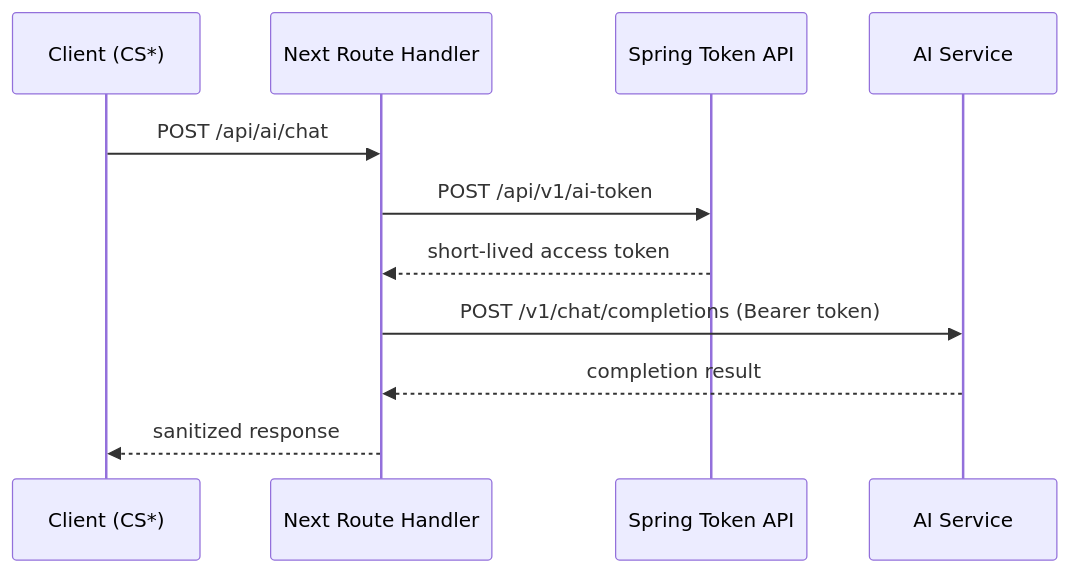
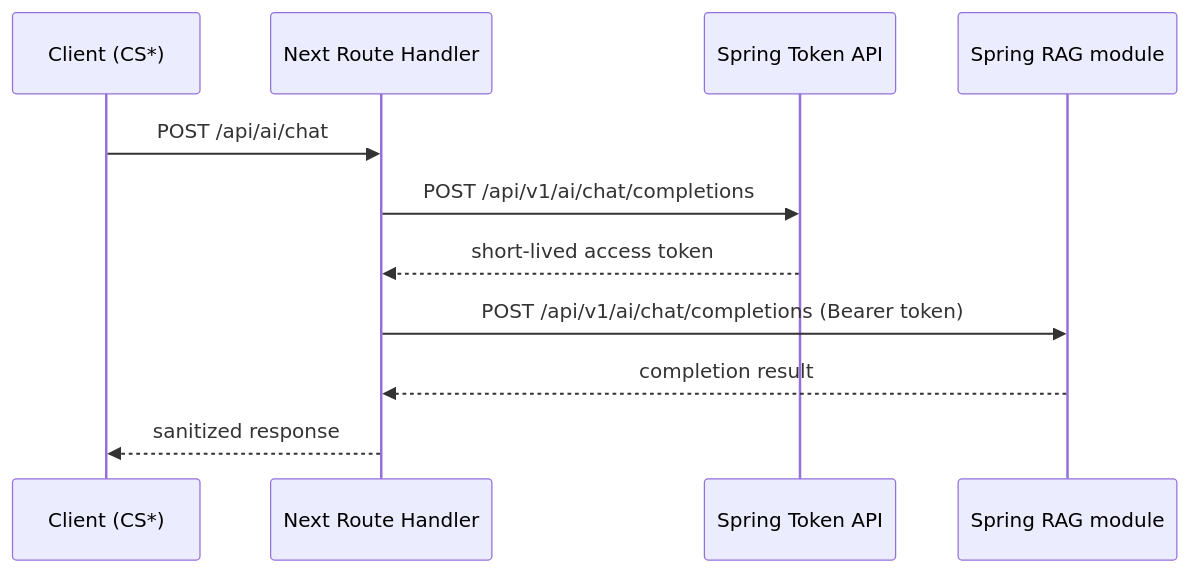
One commit to SideProjectSFY/gaji changed the second of 2 diagrams in docs/specs/v1/architecture.md. Above: the diagram before and after it, drawn with Mermaid. The commit also changed other lines of this file and 69 other files, not shown here.

````diff
--- a/docs/specs/v1/architecture.md
+++ b/docs/specs/v1/architecture.md
@@ -149,14 +149,14 @@
 ```mermaid
 sequenceDiagram
     participant C as Client (CS*)
     participant R as Next Route Handler
     participant S as Spring Token API
-    participant A as AI Service
+    participant A as Spring RAG module
 
     C->>R: POST /api/ai/chat
-    R->>S: POST /api/v1/ai-token
+    R->>S: POST /api/v1/ai/chat/completions
     S-->>R: short-lived access token
-    R->>A: POST /v1/chat/completions (Bearer token)
+    R->>A: POST /api/v1/ai/chat/completions (Bearer token)
     A-->>R: completion result
     R-->>C: sanitized response
 ```
````
